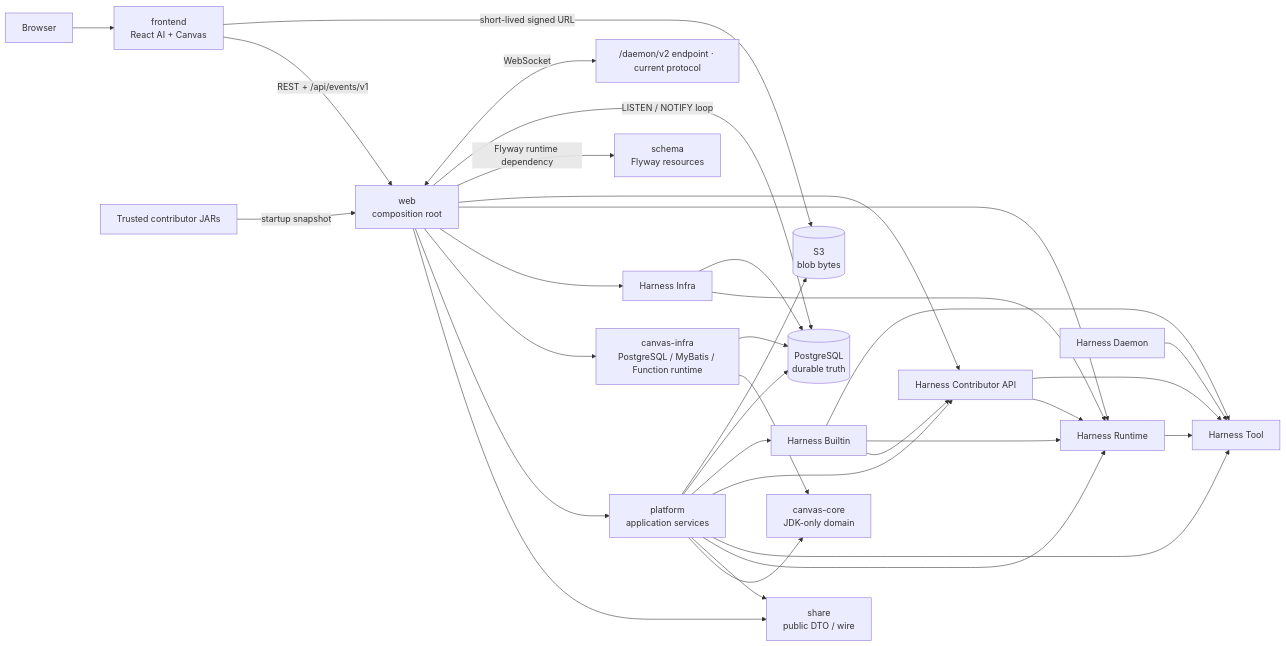
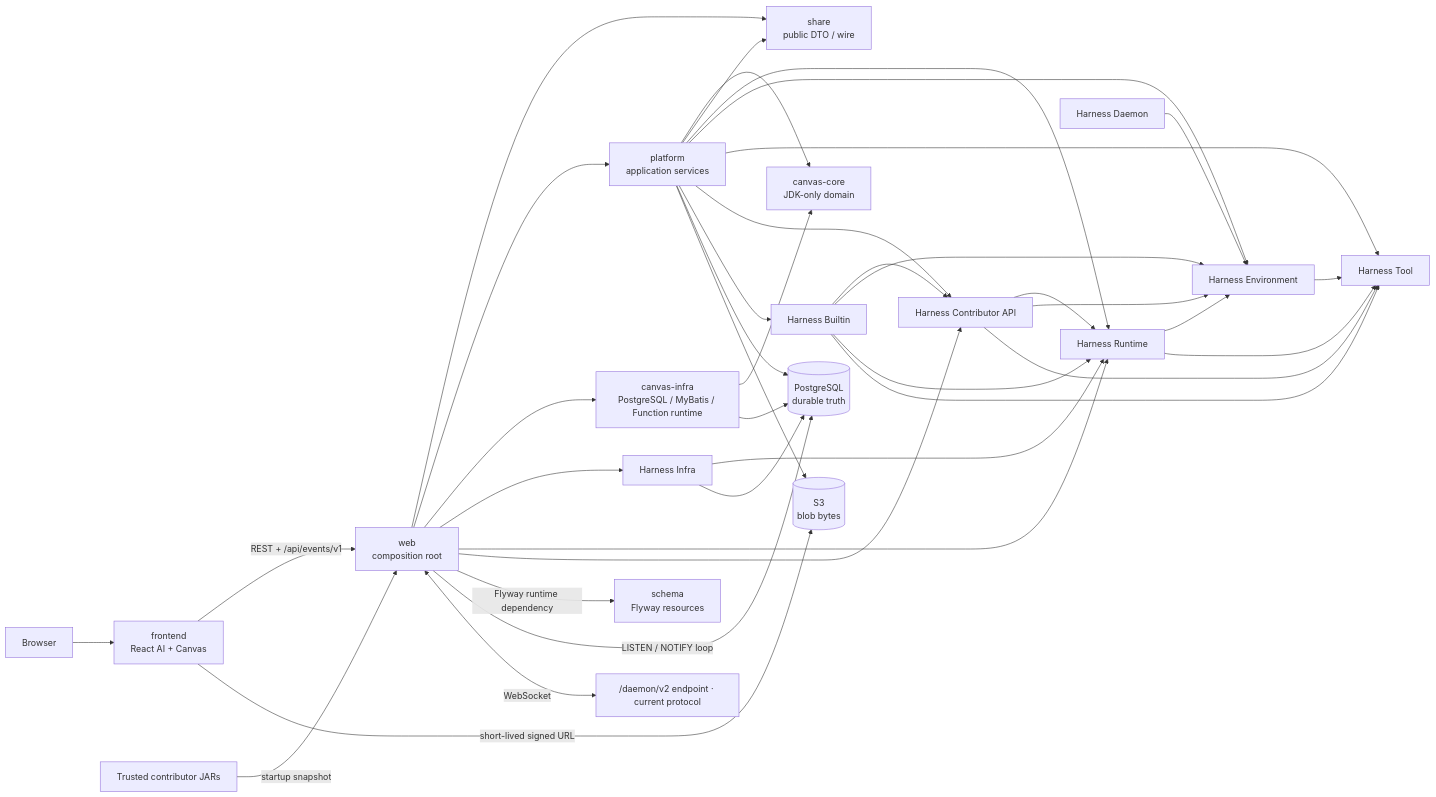
One commit to fengwk/kk-studio changed the diagram in docs/system-design.md. Above: the diagram before and after it, drawn with Mermaid. The commit also changed other lines of this file and 132 other files, not shown here.

Commit message:
feat(harness): integrate four third-wave slices into clean-slate tool SPI

````diff
--- a/docs/system-design.md
+++ b/docs/system-design.md
@@ -23,54 +23,60 @@
 ```mermaid
 flowchart LR
     Browser[Browser]
     Frontend[frontend<br/>React AI + Canvas]
     Web[web<br/>composition root]
     Share[share<br/>public DTO / wire]
     Platform[platform<br/>application services]
     Schema[schema<br/>Flyway resources]
     CanvasCore[canvas-core<br/>JDK-only domain]
     CanvasInfra[canvas-infra<br/>PostgreSQL / MyBatis / Function runtime]
     HarnessTool[Harness Tool]
+    HarnessEnvironment[Harness Environment]
     HarnessRuntime[Harness Runtime]
     HarnessContributorApi[Harness Contributor API]
     HarnessInfra[Harness Infra]
     HarnessDaemon[Harness Daemon]
     HarnessBuiltin[Harness Builtin]
     PG[(PostgreSQL<br/>durable truth)]
     S3[(S3<br/>blob bytes)]
     Env["/daemon/v2 endpoint · current protocol"]
     Trusted[Trusted contributor JARs]
 
     Browser --> Frontend
     Frontend -->|REST + /api/events/v1| Web
     Web --> Share
     Web --> Platform
     Web --> CanvasInfra
     Web --> HarnessInfra
     Web --> HarnessRuntime
     Web --> HarnessContributorApi
     CanvasInfra --> CanvasCore
     HarnessInfra --> HarnessRuntime
+    HarnessEnvironment --> HarnessTool
+    HarnessRuntime --> HarnessEnvironment
     HarnessRuntime --> HarnessTool
     HarnessContributorApi --> HarnessRuntime
+    HarnessContributorApi --> HarnessEnvironment
     HarnessContributorApi --> HarnessTool
     HarnessBuiltin --> HarnessContributorApi
+    HarnessBuiltin --> HarnessEnvironment
     HarnessBuiltin --> HarnessRuntime
     HarnessBuiltin --> HarnessTool
-    HarnessDaemon --> HarnessTool
+    HarnessDaemon --> HarnessEnvironment
     Platform --> CanvasCore
     Platform --> Share
     Platform --> HarnessRuntime
+    Platform --> HarnessEnvironment
     Platform --> HarnessTool
     Platform --> HarnessContributorApi
     Platform --> HarnessBuiltin
     Web -->|Flyway runtime dependency| Schema
     Web -->|LISTEN / NOTIFY loop| PG
     Platform --> PG
     Platform --> S3
     CanvasInfra --> PG
     HarnessInfra --> PG
     Frontend -->|short-lived signed URL| S3
     Web <-->|WebSocket| Env
     Trusted -->|startup snapshot| Web
 ```
````
